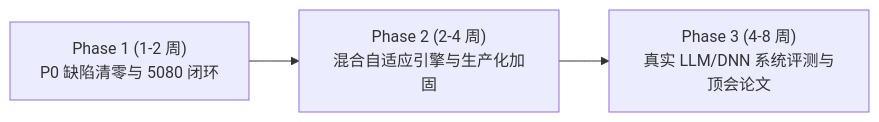
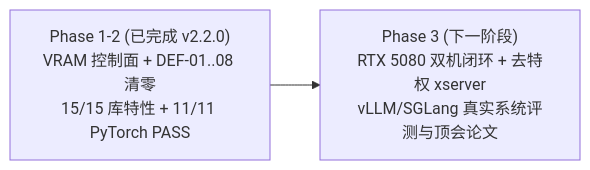
One commit to wangyue2024/sm120preempt changed the diagram in doc/SM120_V2_STATUS_PROBLEMS_AND_ROADMAP_ZH.md. Above: the diagram before and after it, drawn with Mermaid. The commit also changed other lines of this file and 26 other files, not shown here.

Commit message:
v2.2.0-sm120: GDDR7 VRAM control plane (10x-548x speedup), adaptive router & DEF-01..08 production hardening

````diff
--- a/doc/SM120_V2_STATUS_PROBLEMS_AND_ROADMAP_ZH.md
+++ b/doc/SM120_V2_STATUS_PROBLEMS_AND_ROADMAP_ZH.md
@@ -96,5 +76,4 @@
 ```mermaid
 flowchart LR
-    P1["Phase 1 (1-2 周)<br/>P0 缺陷清零与 5080 闭环"] --> P2["Phase 2 (2-4 周)<br/>混合自适应引擎与生产化加固"]
-    P2 --> P3["Phase 3 (4-8 周)<br/>真实 LLM/DNN 系统评测与顶会论文"]
+    P1["Phase 1-2 (已完成 v2.2.0)<br/>VRAM 控制面 + DEF-01..08 清零<br/>15/15 库特性 + 11/11 PyTorch PASS"] --> P3["Phase 3 (下一阶段)<br/>RTX 5080 双机闭环 + 去特权 xserver<br/>vLLM/SGLang 真实系统评测与顶会论文"]
 ```
````
